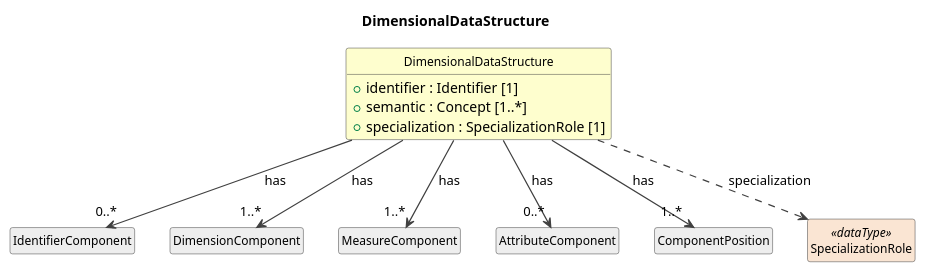
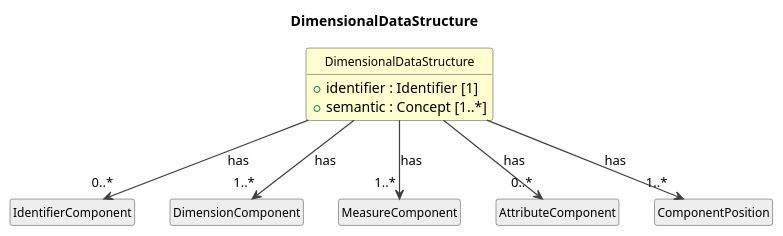
One commit to Cross-Domain-Interoperability-Framework/metadataBuildingBlocks changed the diagram in build/plantuml/cdifDataStructure/Classes/DimensionalDataStructure.pu. Above: the diagram before and after it, drawn with PlantUML. The commit also changed 151 other files, not shown here.

```diff
--- a/build/plantuml/cdifDataStructure/Classes/DimensionalDataStructure.pu
+++ b/build/plantuml/cdifDataStructure/Classes/DimensionalDataStructure.pu
@@ -1,31 +1,28 @@
 @startuml
 title DimensionalDataStructure
 hide circle
 hide empty members
 skinparam shadowing false
 skinparam ArrowThickness 1.2
 skinparam class {
   ArrowColor #404040
   BorderColor #404040
   FontSize 12
 }
 
 class "DimensionalDataStructure" as DimensionalDataStructure #FEFECE {
   +identifier : Identifier [1]
   +semantic : Concept [1..*]
-  +specialization : SpecializationRole [1]
 }
 class "IdentifierComponent" as IdentifierComponent #EEEEEE
 DimensionalDataStructure --> "0..*" IdentifierComponent : has
 class "DimensionComponent" as DimensionComponent #EEEEEE
 DimensionalDataStructure --> "1..*" DimensionComponent : has
 class "MeasureComponent" as MeasureComponent #EEEEEE
 DimensionalDataStructure --> "1..*" MeasureComponent : has
 class "AttributeComponent" as AttributeComponent #EEEEEE
 DimensionalDataStructure --> "0..*" AttributeComponent : has
 class "ComponentPosition" as ComponentPosition #EEEEEE
 DimensionalDataStructure --> "1..*" ComponentPosition : has
-class "SpecializationRole" as SpecializationRole <<dataType>> #FAE5D3
-DimensionalDataStructure ..> SpecializationRole : specialization
 
 @enduml
```
